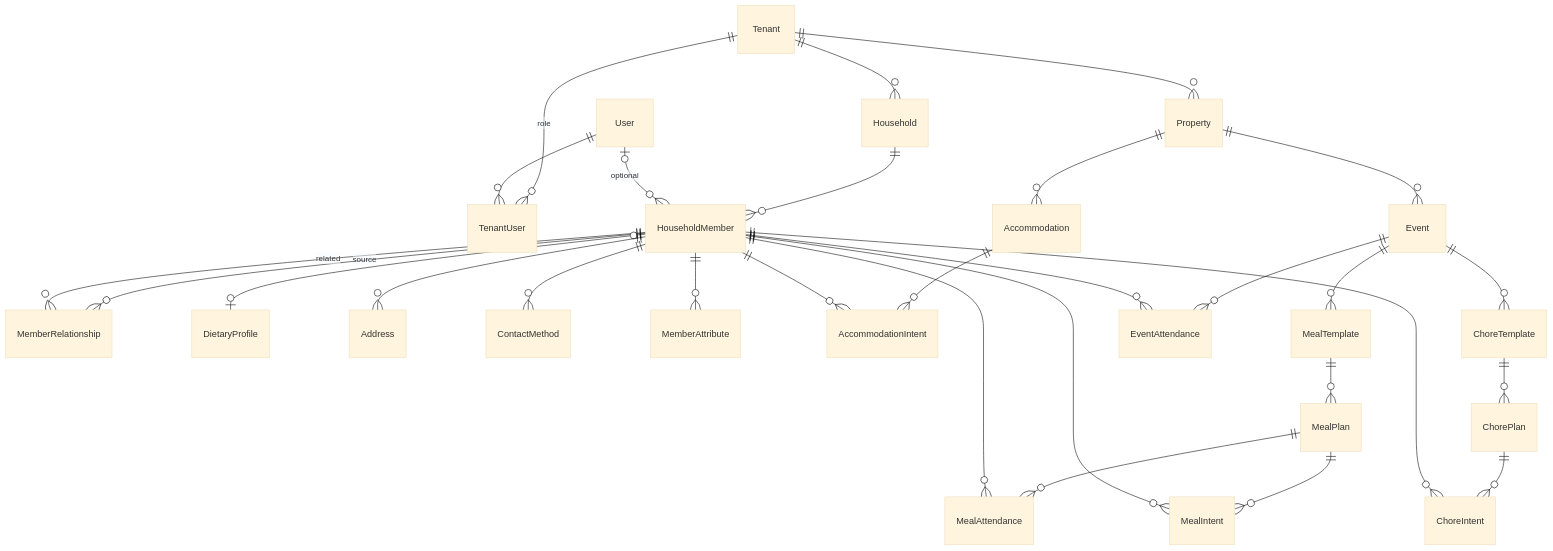
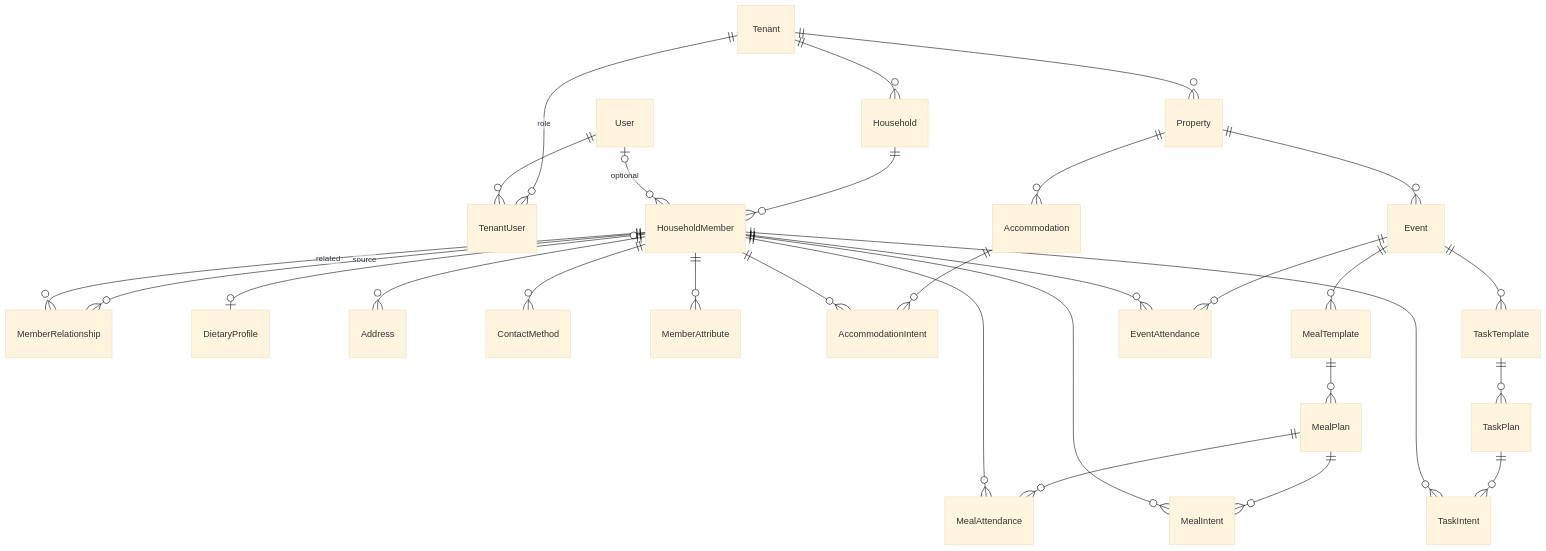
The second of 2 diagrams in docs/ARCHITECTURE.md (jayceslayn/gatherstead), drawn with Mermaid (base theme) before and after one commit. The commit also changed other lines of this file and 52 other files, not shown here.

````diff
--- a/docs/ARCHITECTURE.md
+++ b/docs/ARCHITECTURE.md
@@ -76,32 +76,32 @@
 ```mermaid
 erDiagram
     Tenant ||--o{ TenantUser : "role"
     User   ||--o{ TenantUser : ""
     Tenant ||--o{ Household : ""
     Household ||--o{ HouseholdMember : ""
     User   |o--o{ HouseholdMember : "optional"
     HouseholdMember ||--o{ MemberRelationship : "source"
     HouseholdMember ||--o{ MemberRelationship : "related"
     HouseholdMember |o--o| DietaryProfile : ""
     HouseholdMember ||--o{ Address : ""
     HouseholdMember ||--o{ ContactMethod : ""
     HouseholdMember ||--o{ MemberAttribute : ""
 
     Tenant          ||--o{ Property : ""
     Property        ||--o{ Accommodation : ""
     Accommodation   ||--o{ AccommodationIntent : ""
     HouseholdMember ||--o{ AccommodationIntent : ""
     Property        ||--o{ Event : ""
     Event           ||--o{ MealTemplate : ""
     MealTemplate    ||--o{ MealPlan : ""
     MealPlan        ||--o{ MealAttendance : ""
     MealPlan        ||--o{ MealIntent : ""
     HouseholdMember ||--o{ MealAttendance : ""
     HouseholdMember ||--o{ MealIntent : ""
-    Event           ||--o{ ChoreTemplate : ""
-    ChoreTemplate   ||--o{ ChorePlan : ""
-    ChorePlan       ||--o{ ChoreIntent : ""
-    HouseholdMember ||--o{ ChoreIntent : ""
+    Event           ||--o{ TaskTemplate : ""
+    TaskTemplate    ||--o{ TaskPlan : ""
+    TaskPlan        ||--o{ TaskIntent : ""
+    HouseholdMember ||--o{ TaskIntent : ""
     Event           ||--o{ EventAttendance : ""
     HouseholdMember ||--o{ EventAttendance : ""
 ```
````
